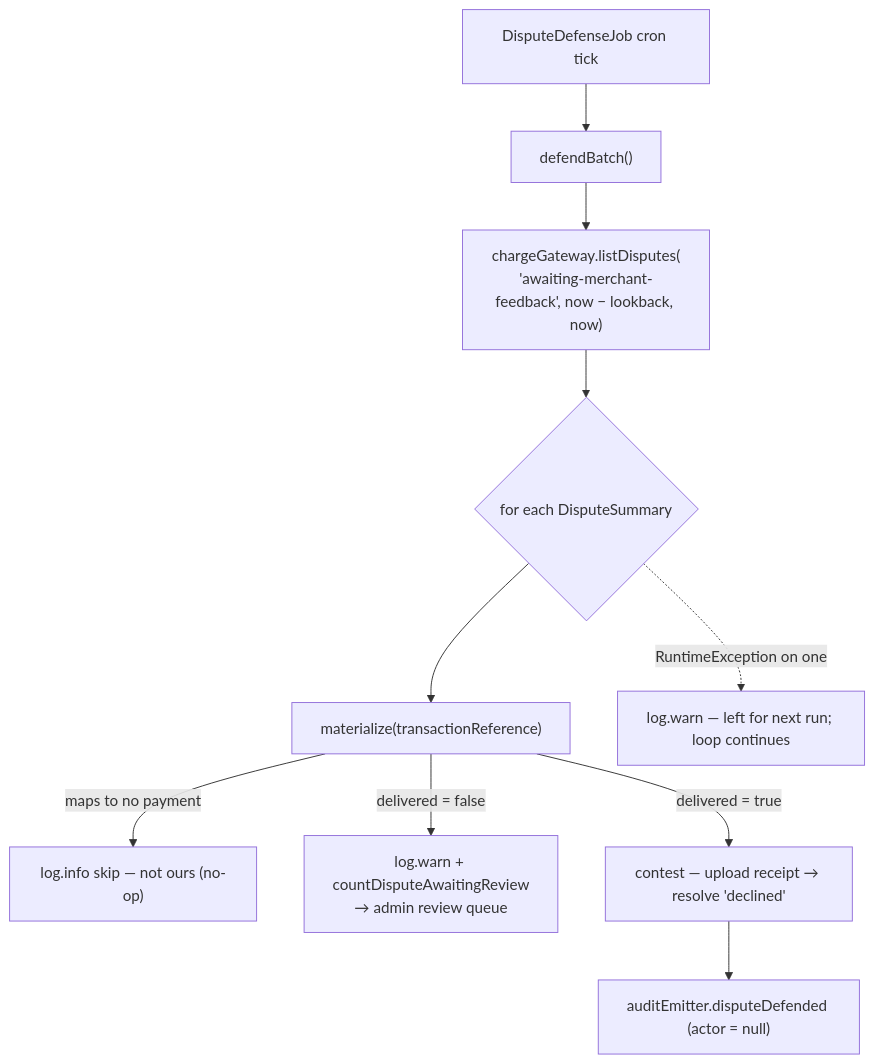
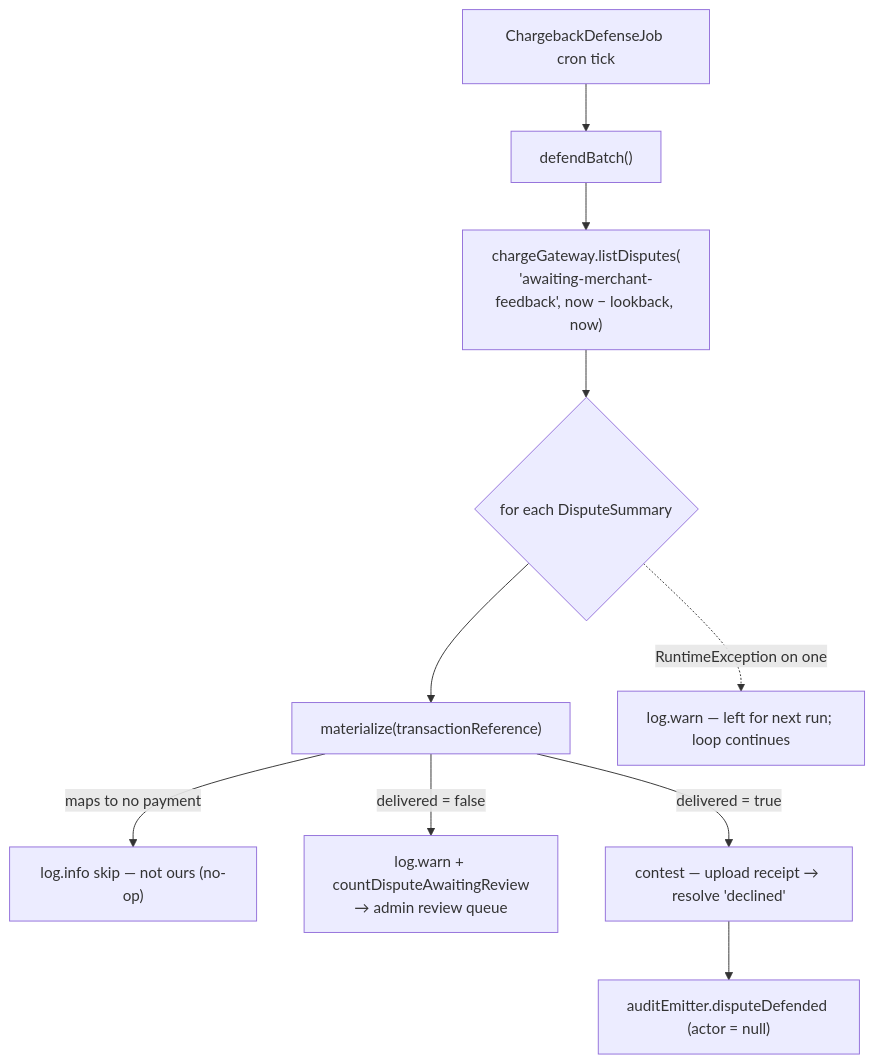
Before and after one commit to cropdoor/cropdoor-almanac: diagram 11 of 12 in docs/payments/core-flows.md, drawn with Mermaid. The commit also changed other lines of this file and 5 other files, not shown here.

First line of the commit message:
docs(payments): align chargeback-defense identifiers with the PR #155 rename

````diff
--- a/docs/payments/core-flows.md
+++ b/docs/payments/core-flows.md
@@ -567,12 +567,12 @@
 ```mermaid
 flowchart TD
-    Cron["DisputeDefenseJob cron tick"] --> Defend["defendBatch()"]
+    Cron["ChargebackDefenseJob cron tick"] --> Defend["defendBatch()"]
     Defend --> List["chargeGateway.listDisputes(<br/>'awaiting-merchant-feedback', now − lookback, now)"]
     List --> Loop{for each DisputeSummary}
     Loop --> Mat["materialize(transactionReference)"]
     Mat -->|maps to no payment| Skip["log.info skip — not ours (no-op)"]
     Mat -->|delivered = false| Queue["log.warn + countDisputeAwaitingReview<br/>→ admin review queue"]
     Mat -->|delivered = true| Contest["contest — upload receipt → resolve 'declined'"]
     Contest --> Audit["auditEmitter.disputeDefended (actor = null)"]
     Loop -.->|RuntimeException on one| Isolate["log.warn — left for next run; loop continues"]
 ```
````
